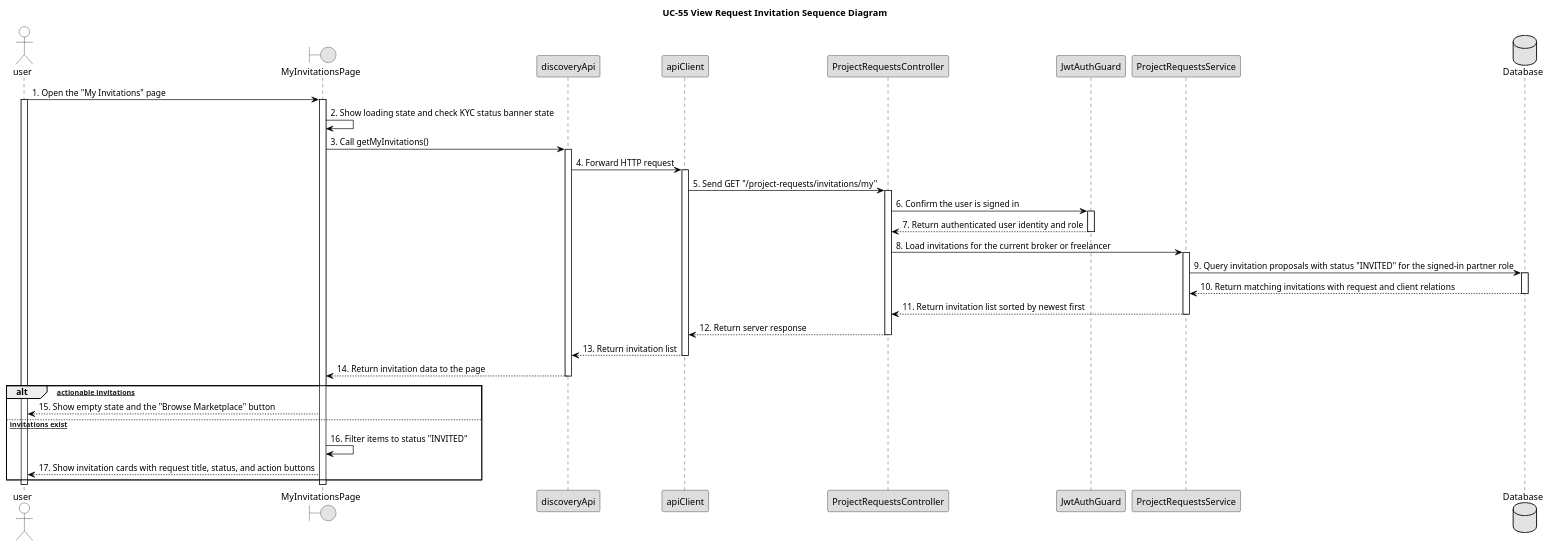
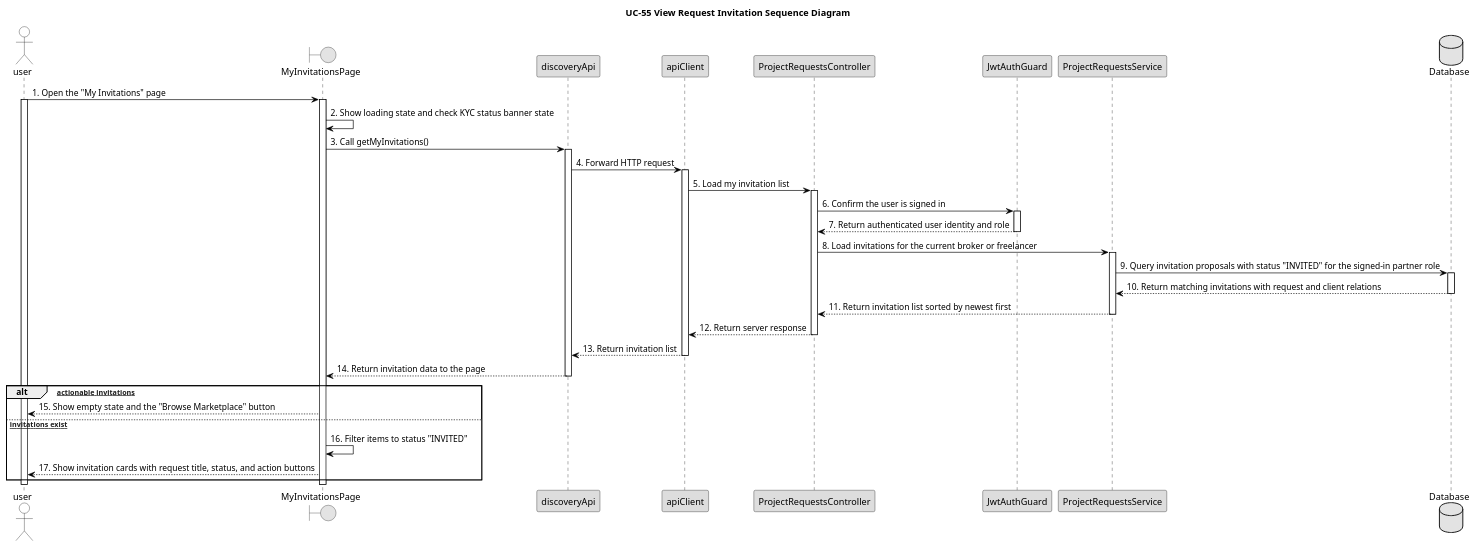
One commit to bangdcce/SEP492-Project changed the diagram in diagram/sequence/uc55_view_request_invitation_sequence_diagram.puml. Above: the diagram before and after it, drawn with PlantUML. The commit also changed 130 other files, not shown here.

```diff
--- a/diagram/sequence/uc55_view_request_invitation_sequence_diagram.puml
+++ b/diagram/sequence/uc55_view_request_invitation_sequence_diagram.puml
@@ -142,7 +142,7 @@
 
 
 
-ApiClient -> Controller : 5. Send GET "/project-requests/invitations/my"
+ApiClient -> Controller : 5. Load my invitation list
 
 
 
```
